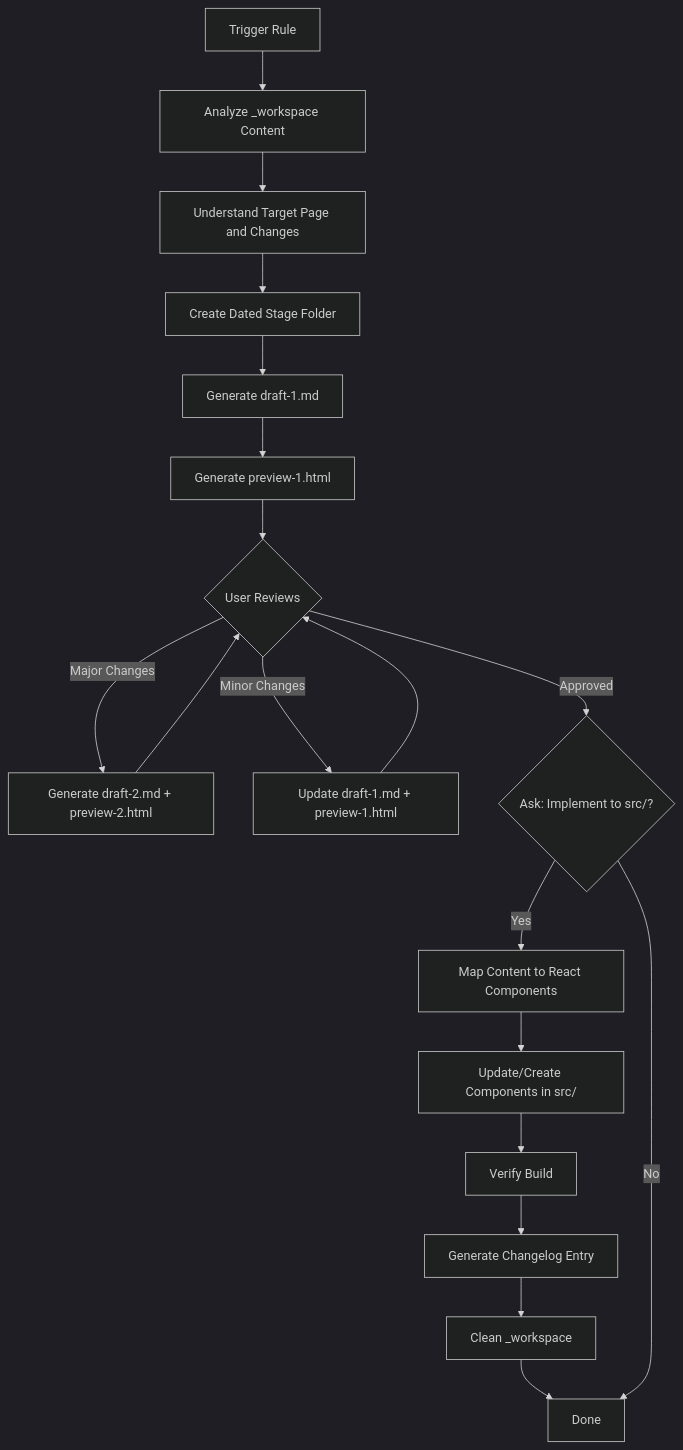
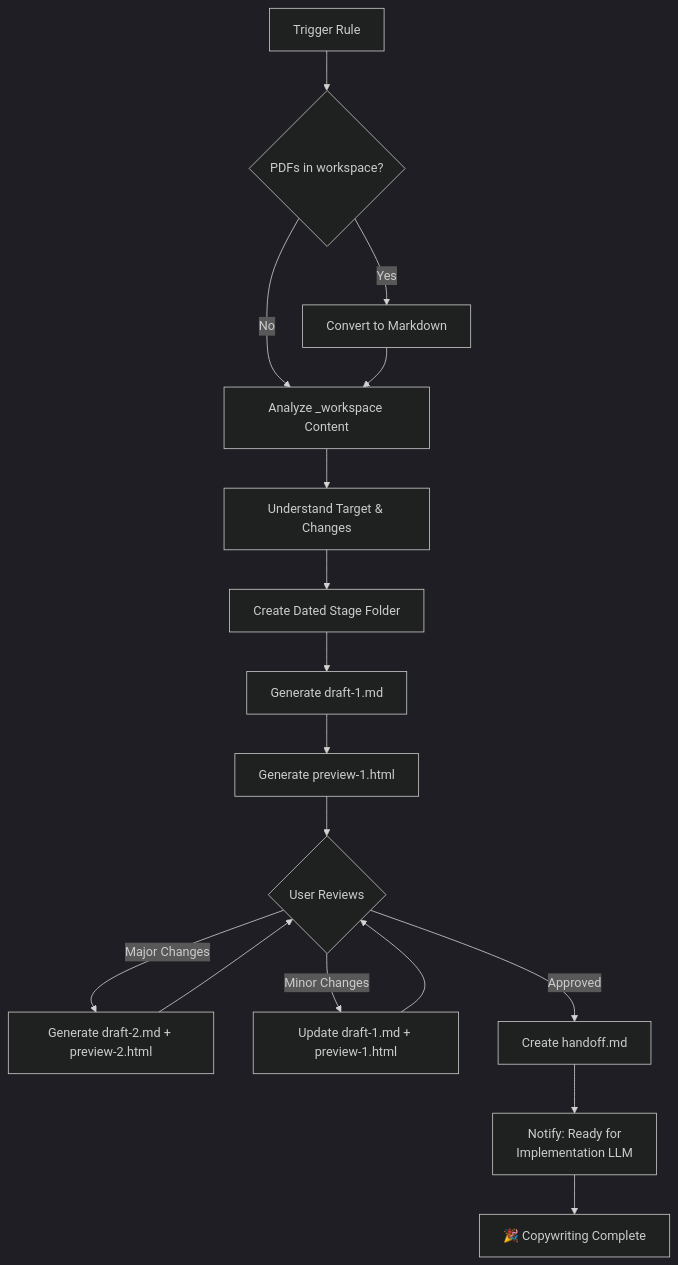
One commit to plantonhq/planton.ai changed the first of 3 diagrams in content/copywriting/_rules/README.md. Above: the diagram before and after it, drawn with Mermaid (dark theme). The commit also changed other lines of this file and 6 other files, not shown here.

First line of the commit message:
feat(copywriting): add PDF conversion and two-LLM handoff workflow

````diff
--- a/content/copywriting/_rules/README.md
+++ b/content/copywriting/_rules/README.md
@@ -27,21 +30,19 @@
 ```mermaid
 flowchart TD
-    Start[Trigger Rule] --> Analyze[Analyze _workspace Content]
-    Analyze --> Context[Understand Target Page and Changes]
+    Start[Trigger Rule] --> PDFCheck{PDFs in workspace?}
+    PDFCheck -->|Yes| ConvertPDF[Convert to Markdown]
+    PDFCheck -->|No| Analyze
+    ConvertPDF --> Analyze[Analyze _workspace Content]
+    Analyze --> Context[Understand Target & Changes]
     Context --> CreateFolder[Create Dated Stage Folder]
     CreateFolder --> Draft1[Generate draft-1.md]
     Draft1 --> HTML1[Generate preview-1.html]
     HTML1 --> Review{User Reviews}
     Review -->|Major Changes| Draft2[Generate draft-2.md + preview-2.html]
     Review -->|Minor Changes| UpdateDraft1[Update draft-1.md + preview-1.html]
     Draft2 --> Review
     UpdateDraft1 --> Review
-    Review -->|Approved| AskImplement{Ask: Implement to src/?}
-    AskImplement -->|Yes| MapComponents[Map Content to React Components]
-    MapComponents --> UpdateSource[Update/Create Components in src/]
-    UpdateSource --> Verify[Verify Build]
-    Verify --> CreateChangelog[Generate Changelog Entry]
-    CreateChangelog --> Cleanup[Clean _workspace]
-    Cleanup --> End[Done]
-    AskImplement -->|No| End
+    Review -->|Approved| Handoff[Create handoff.md]
+    Handoff --> Notify[Notify: Ready for<br/>Implementation LLM]
+    Notify --> Done[🎉 Copywriting Complete]
 ```
````
